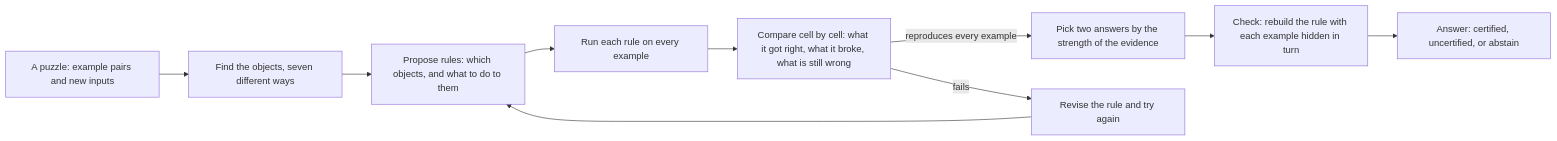
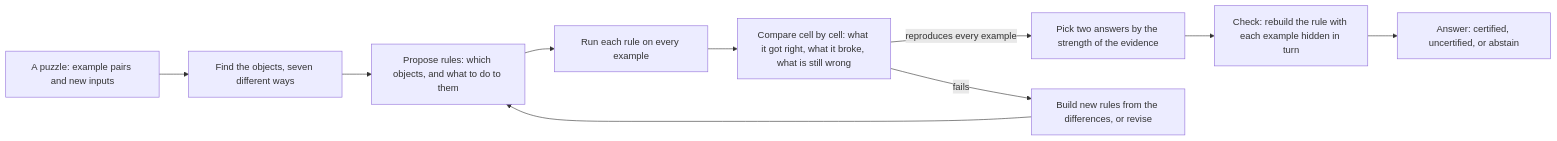
One commit to ChimdiWalter/Symbolic_Reasoning_LLM_ARC-AGI changed the diagram in README.md. Above: the diagram before and after it, drawn with Mermaid. The commit also changed other lines of this file and 3 other files, not shown here.

````diff
--- a/README.md
+++ b/README.md
@@ -48,12 +67,12 @@
 ```mermaid
 flowchart LR
   T[A puzzle: example pairs and new inputs] --> V[Find the objects, seven different ways]
   V --> G[Propose rules: which objects, and what to do to them]
   G --> E[Run each rule on every example]
   E --> D[Compare cell by cell: what it got right, what it broke, what is still wrong]
   D -->|reproduces every example| S[Pick two answers by the strength of the evidence]
-  D -->|fails| R[Revise the rule and try again]
+  D -->|fails| R[Build new rules from the differences, or revise]
   R --> G
   S --> C[Check: rebuild the rule with each example hidden in turn]
   C --> A[Answer: certified, uncertified, or abstain]
 ```
````
